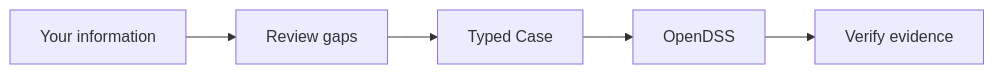
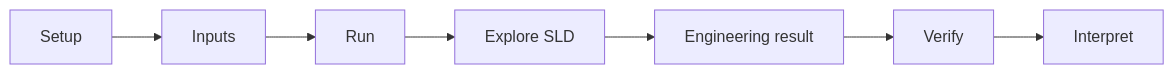
The diagram in docs/site/colab.md (sarutesri/cept-studio-edu), drawn with Mermaid before and after one commit. The commit also changed other lines of this file and 8 other files, not shown here.

````diff
--- a/docs/site/colab.md
+++ b/docs/site/colab.md
@@ -30,7 +32,9 @@
 ```mermaid
 flowchart LR
-    A[Your information] --> B[Review gaps]
-    B --> C[Typed Case]
-    C --> D[OpenDSS]
-    D --> E[Verify evidence]
+    A[Setup] --> B[Inputs]
+    B --> C[Run]
+    C --> D[Explore SLD]
+    D --> E[Engineering result]
+    E --> F[Verify]
+    F --> G[Interpret]
 ```
````
